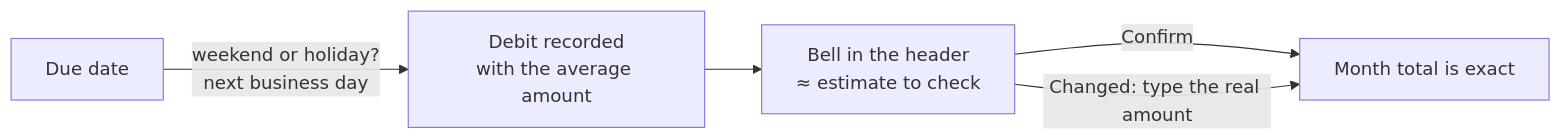
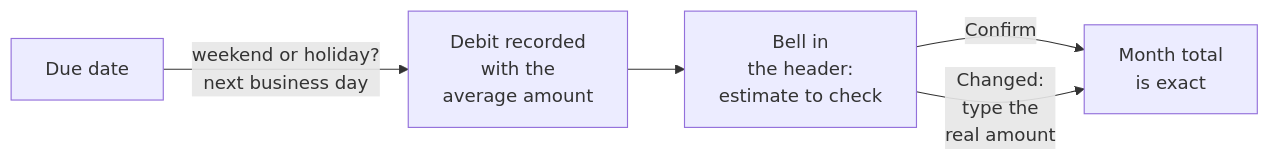
One commit to vagnerwentz/prisma changed the second of 5 diagrams in README.md. Above: the diagram before and after it, drawn with Mermaid. The commit also changed other lines of this file and 3 other files, not shown here.

First line of the commit message:
docs: README diagrams that no longer clip, password change across the docs

````diff
--- a/README.md
+++ b/README.md
@@ -143,7 +147,7 @@
 ```mermaid
 flowchart LR
-    Due["Due date"] -->|"weekend or holiday?<br/>next business day"| Debit["Debit recorded<br/>with the average amount"]
-    Debit --> Bell["Bell in the header<br/>≈ estimate to check"]
-    Bell -->|"Confirm"| Exact["Month total is exact"]
-    Bell -->|"Changed: type the real amount"| Exact
+    Due["Due date"] -->|"weekend or holiday?<br/>next business day"| Debit["Debit recorded<br/>with the<br/>average amount"]
+    Debit --> Bell["Bell in<br/>the header:<br/>estimate to check"]
+    Bell -->|"Confirm"| Exact["Month total<br/>is exact"]
+    Bell -->|"Changed:<br/>type the<br/>real amount"| Exact
 ```
````
